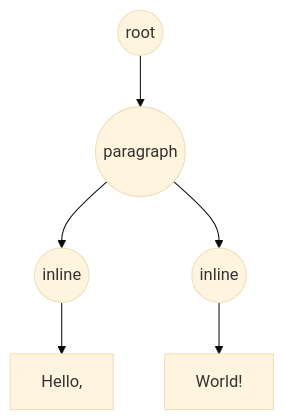
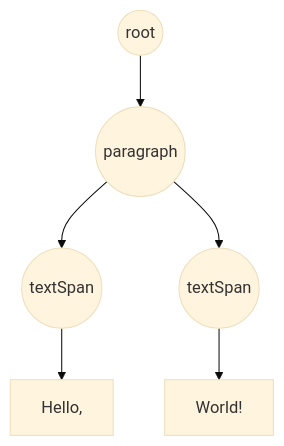
One commit to penpot/penpot changed the first of 3 diagrams in frontend/text-editor/README.md. Above: the diagram before and after it, drawn with Mermaid (base theme). The commit also changed other lines of this file, not shown here.

Commit message:
:books: Add more info about text editor v2

````diff
--- a/frontend/text-editor/README.md
+++ b/frontend/text-editor/README.md
@@ -53,8 +53,8 @@
 ```mermaid
 flowchart TB
   root((root)) --> paragraph((paragraph))
-  paragraph --> inline_1((inline))
-  paragraph --> inline_2((inline))
-  inline_1 --> text_1[Hello, ]
-  inline_2 --> text_2[World!]
+  paragraph --> text_span_1((textSpan))
+  paragraph --> text_span_2((textSpan))
+  text_span_1 --> text_1[Hello, ]
+  text_span_2 --> text_2[World!]
 ```
````
